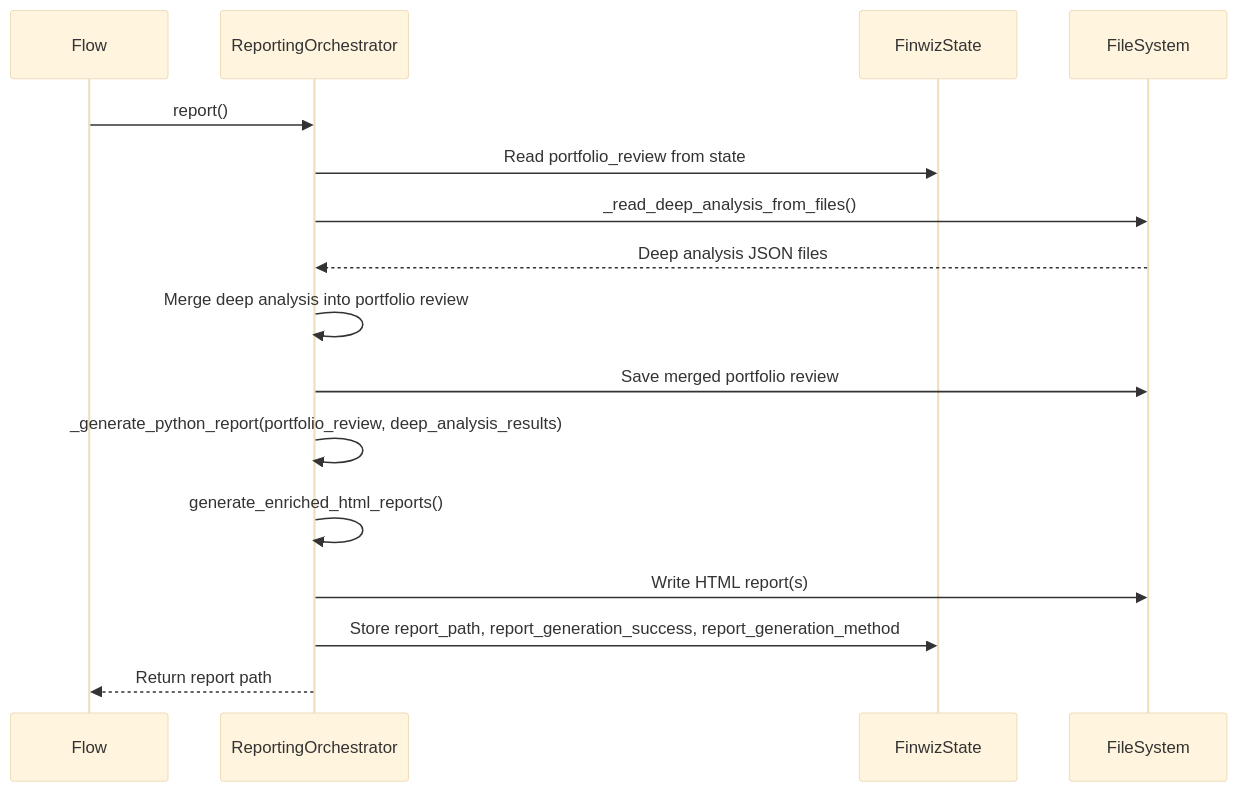
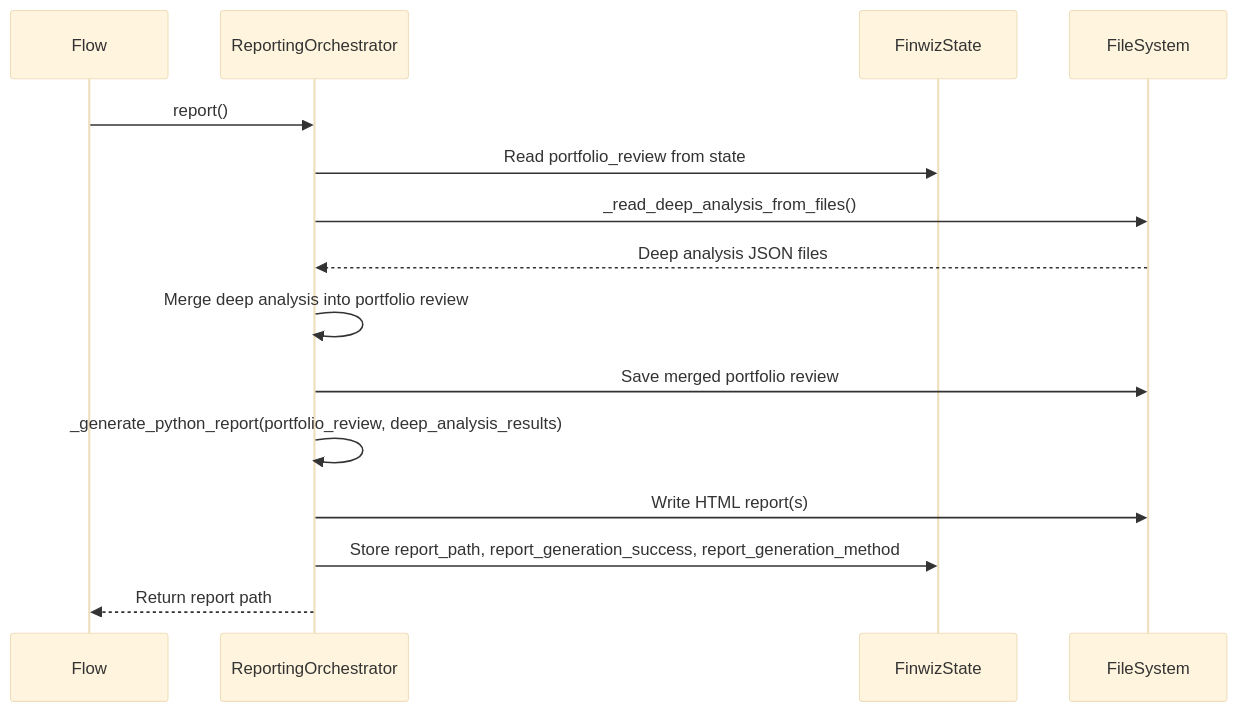
Before and after one commit to fjacquet/finwiz: the sixth of 13 diagrams in docs/explanations/ORCHESTRATOR_INTERACTIONS.md, drawn with Mermaid (base theme). The commit also changed 15 other files, not shown here.

````diff
--- a/docs/explanations/ORCHESTRATOR_INTERACTIONS.md
+++ b/docs/explanations/ORCHESTRATOR_INTERACTIONS.md
@@ -201,23 +201,22 @@
 ```mermaid
 sequenceDiagram
     participant Flow
     participant Rep as ReportingOrchestrator
     participant State as FinwizState
     participant FS as FileSystem
 
     Flow->>Rep: report()
 
     Rep->>State: Read portfolio_review from state
     Rep->>FS: _read_deep_analysis_from_files()
     FS-->>Rep: Deep analysis JSON files
 
     Rep->>Rep: Merge deep analysis into portfolio review
     Rep->>FS: Save merged portfolio review
 
     Rep->>Rep: _generate_python_report(portfolio_review, deep_analysis_results)
-    Rep->>Rep: generate_enriched_html_reports()
 
     Rep->>FS: Write HTML report(s)
     Rep->>State: Store report_path, report_generation_success, report_generation_method
     Rep-->>Flow: Return report path
 ```
````
